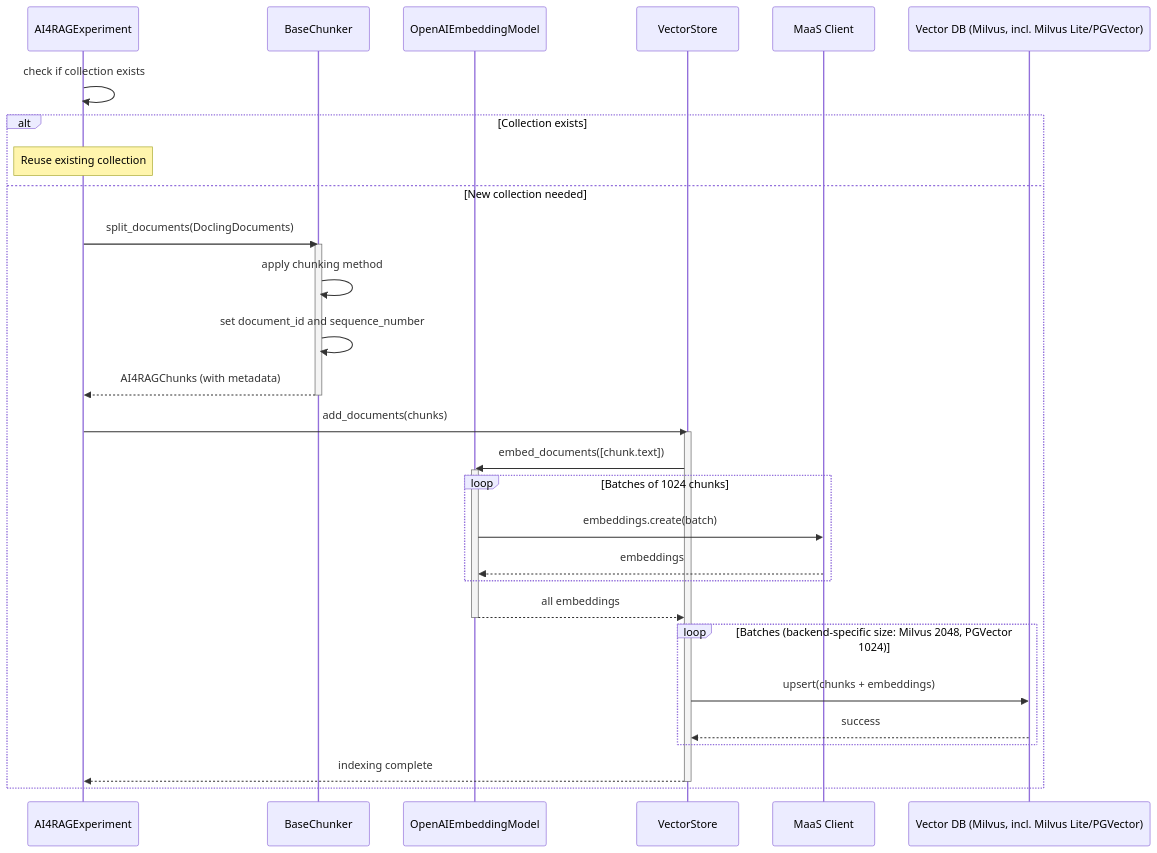
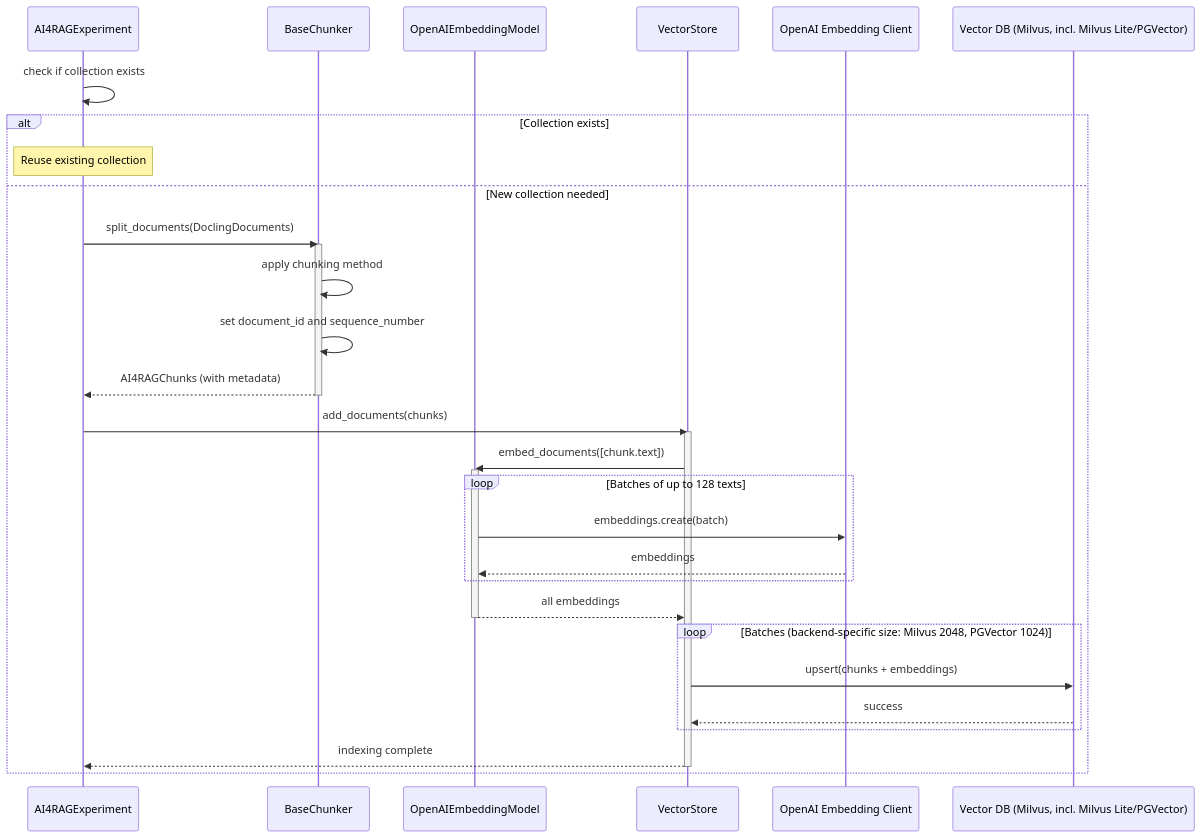
Before and after one commit to IBM/ai4rag: the first of 4 diagrams in docs/architecture/data-flow.md, drawn with Mermaid. The commit also changed other lines of this file and 14 other files, not shown here.

````diff
--- a/docs/architecture/data-flow.md
+++ b/docs/architecture/data-flow.md
@@ -27,39 +27,39 @@
 ```mermaid
 sequenceDiagram
     participant Exp as AI4RAGExperiment
     participant LC as BaseChunker
     participant EM as OpenAIEmbeddingModel
     participant VS as VectorStore
-    participant MaaSClient as MaaS Client
+    participant EC as OpenAI Embedding Client
     participant DB as Vector DB (Milvus, incl. Milvus Lite/PGVector)
 
     Exp->>Exp: check if collection exists
     alt Collection exists
         Note over Exp: Reuse existing collection
     else New collection needed
         Exp->>LC: split_documents(DoclingDocuments)
         activate LC
         LC->>LC: apply chunking method
         LC->>LC: set document_id and sequence_number
         LC-->>Exp: AI4RAGChunks (with metadata)
         deactivate LC
 
         Exp->>VS: add_documents(chunks)
         activate VS
         VS->>EM: embed_documents([chunk.text])
         activate EM
-        loop Batches of 1024 chunks
-            EM->>MaaSClient: embeddings.create(batch)
-            MaaSClient-->>EM: embeddings
+        loop Batches of up to 128 texts
+            EM->>EC: embeddings.create(batch)
+            EC-->>EM: embeddings
         end
         EM-->>VS: all embeddings
         deactivate EM
 
         loop Batches (backend-specific size: Milvus 2048, PGVector 1024)
             VS->>DB: upsert(chunks + embeddings)
             DB-->>VS: success
         end
         VS-->>Exp: indexing complete
         deactivate VS
     end
 ```
````
